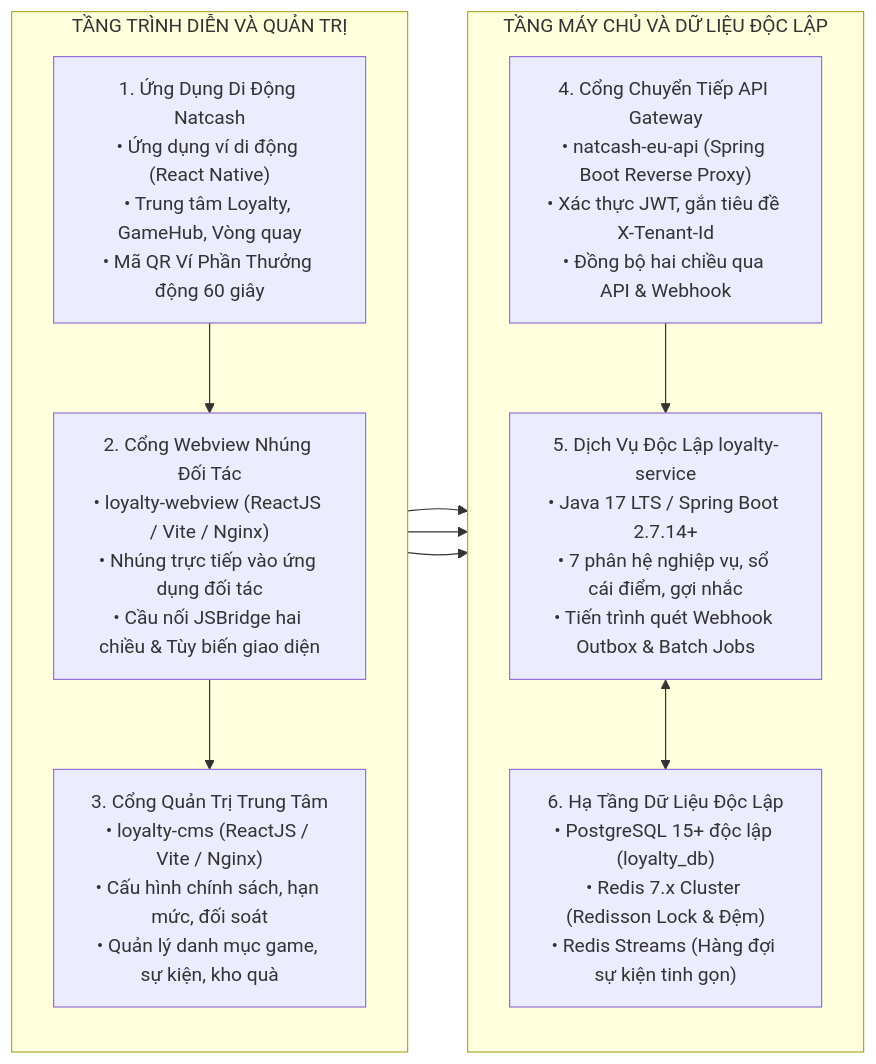
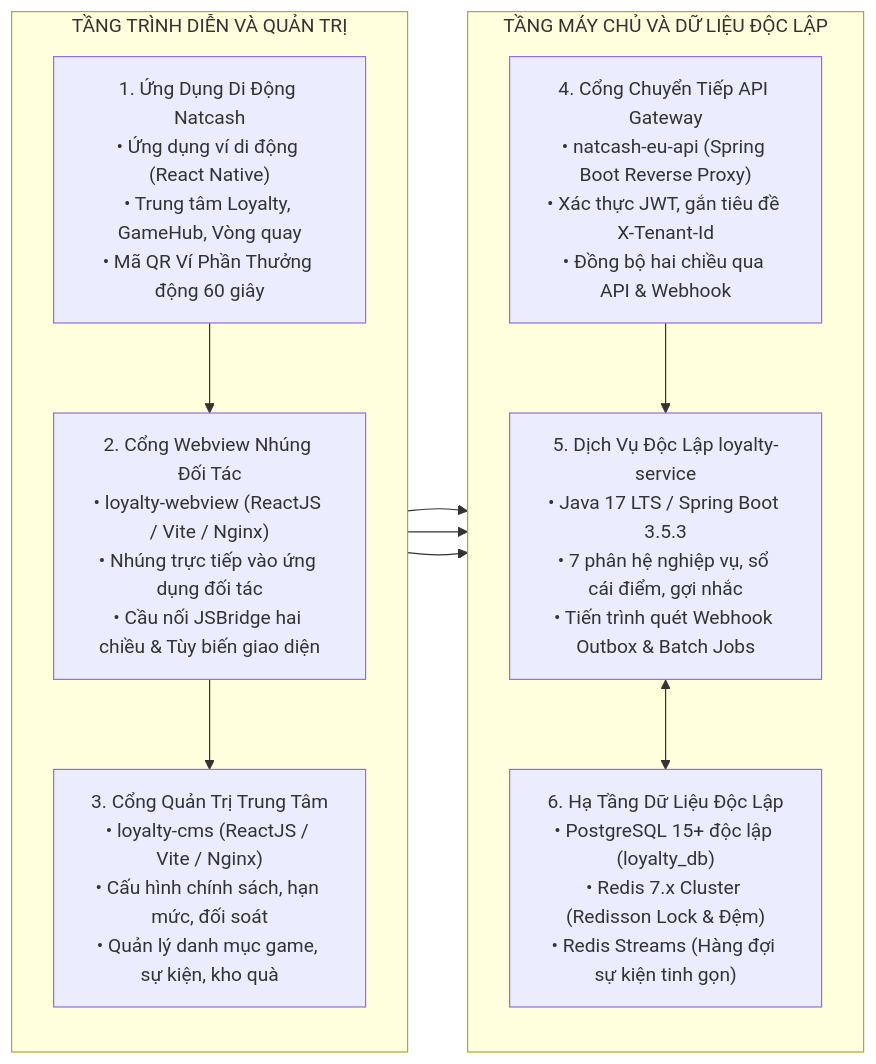
Before and after one commit to chapisoft/micro-loyalty: the diagram in README.md, drawn with Mermaid. The commit also changed other lines of this file and 626 other files, not shown here.

````diff
--- a/README.md
+++ b/README.md
@@ -11,24 +11,24 @@
 ```mermaid
 flowchart LR
     subgraph S_PORTAL ["TẦNG TRÌNH DIỄN VÀ QUẢN TRỊ"]
         direction TB
         P_APP["1. Ứng Dụng Di Động Natcash<br/>• Ứng dụng ví di động (React Native)<br/>• Trung tâm Loyalty, GameHub, Vòng quay<br/>• Mã QR Ví Phần Thưởng động 60 giây"]
         P_WEBVIEW["2. Cổng Webview Nhúng Đối Tác<br/>• loyalty-webview (ReactJS / Vite / Nginx)<br/>• Nhúng trực tiếp vào ứng dụng đối tác<br/>• Cầu nối JSBridge hai chiều & Tùy biến giao diện"]
         P_CMS["3. Cổng Quản Trị Trung Tâm<br/>• loyalty-cms (ReactJS / Vite / Nginx)<br/>• Cấu hình chính sách, hạn mức, đối soát<br/>• Quản lý danh mục game, sự kiện, kho quà"]
         P_APP --> P_WEBVIEW
         P_WEBVIEW --> P_CMS
     end
 
     subgraph S_BACKEND ["TẦNG MÁY CHỦ VÀ DỮ LIỆU ĐỘC LẬP"]
         direction TB
         B_GW["4. Cổng Chuyển Tiếp API Gateway<br/>• natcash-eu-api (Spring Boot Reverse Proxy)<br/>• Xác thực JWT, gắn tiêu đề X-Tenant-Id<br/>• Đồng bộ hai chiều qua API & Webhook"]
-        B_SVC["5. Dịch Vụ Độc Lập loyalty-service<br/>• Java 17 LTS / Spring Boot 2.7.14+<br/>• 7 phân hệ nghiệp vụ, sổ cái điểm, gợi nhắc<br/>• Tiến trình quét Webhook Outbox & Batch Jobs"]
+        B_SVC["5. Dịch Vụ Độc Lập loyalty-service<br/>• Java 17 LTS / Spring Boot 3.5.3<br/>• 7 phân hệ nghiệp vụ, sổ cái điểm, gợi nhắc<br/>• Tiến trình quét Webhook Outbox & Batch Jobs"]
         B_DATA["6. Hạ Tầng Dữ Liệu Độc Lập<br/>• PostgreSQL 15+ độc lập (loyalty_db)<br/>• Redis 7.x Cluster (Redisson Lock & Đệm)<br/>• Redis Streams (Hàng đợi sự kiện tinh gọn)"]
         B_GW --> B_SVC
         B_SVC <--> B_DATA
     end
 
     P_CMS --> B_SVC
     P_APP --> B_GW
     P_WEBVIEW --> B_SVC
 ```
````
